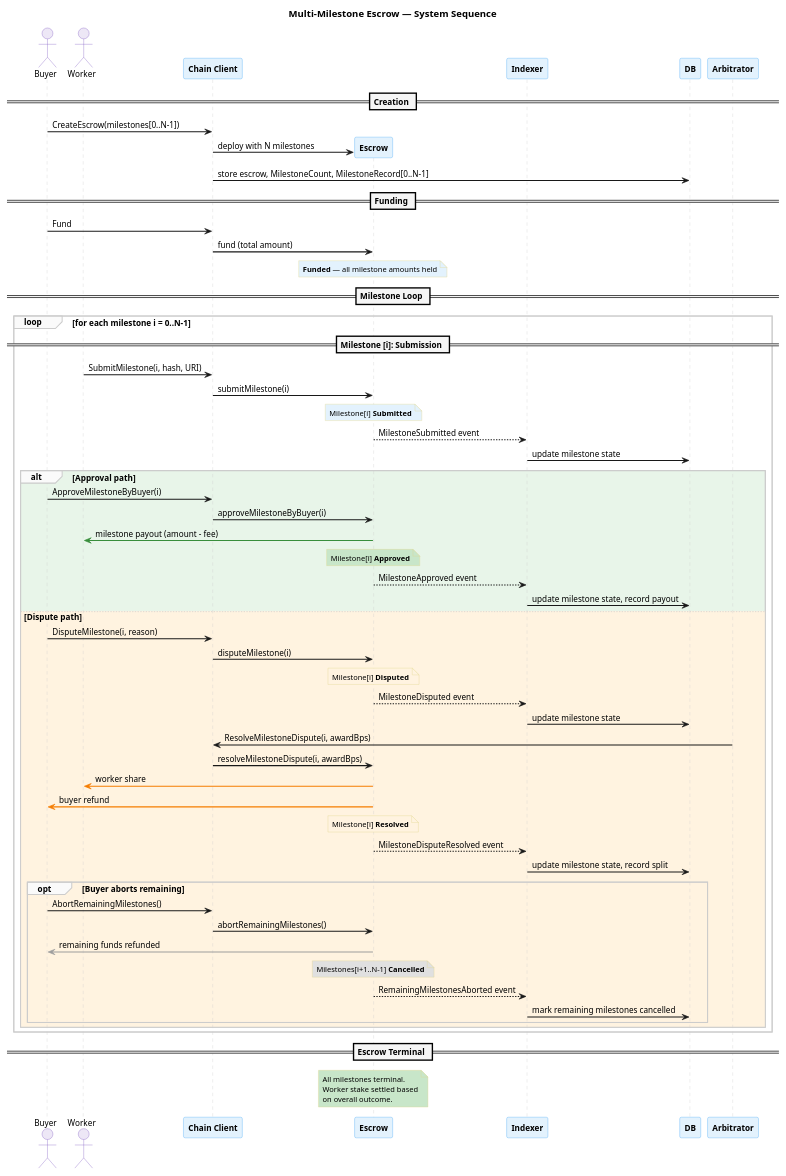
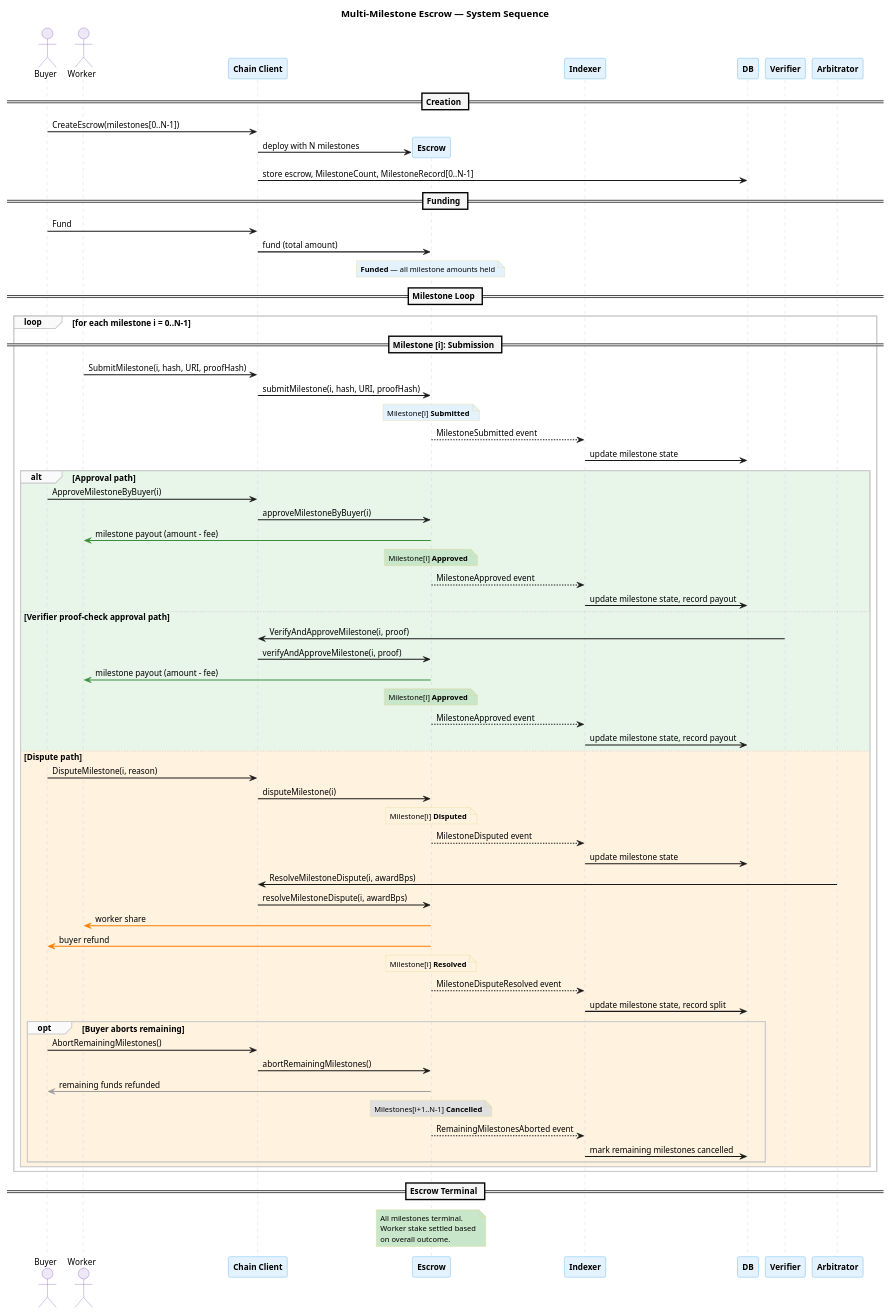
One commit to eddiefleurent/agent-escrow changed the third of 5 diagrams in docs/diagrams/lifecycle-sequence.puml. Above: the diagram before and after it, drawn with PlantUML. The commit also changed other lines of this file and 52 other files, not shown here.

```diff
--- a/docs/diagrams/lifecycle-sequence.puml
+++ b/docs/diagrams/lifecycle-sequence.puml
@@ -191,106 +199,114 @@
 @startuml milestone-system-sequence
 skinparam backgroundColor #FFFFFF
 skinparam defaultFontName "Helvetica"
 skinparam defaultFontSize 12
 skinparam shadowing false
 skinparam sequenceArrowThickness 1.5
 skinparam sequenceLifeLineBorderColor #CCCCCC
 skinparam sequenceDividerBackgroundColor #F5F5F5
 skinparam sequenceDividerFontStyle bold
 skinparam sequenceGroupBackgroundColor #FAFAFA
 skinparam sequenceGroupBorderColor #CCCCCC
 
 skinparam participant {
   BorderColor #42A5F5
   BackgroundColor #E3F2FD
   FontStyle bold
 }
 
 skinparam actor {
   BorderColor #7E57C2
   BackgroundColor #EDE7F6
 }
 
 skinparam note {
   BackgroundColor #FFFDE7
   BorderColor #E0D68A
   FontSize 11
 }
 
 title Multi-Milestone Escrow — System Sequence
 
 actor "Buyer" as buyer
 actor "Worker" as worker
 participant "Chain Client" as chain
 participant "Escrow" as escrow
 participant "Indexer" as indexer
 participant "DB" as db
 
 == Creation ==
 
 buyer -> chain : CreateEscrow(milestones[0..N-1])
 chain -> escrow ** : deploy with N milestones
 chain -> db : store escrow, MilestoneCount, MilestoneRecord[0..N-1]
 
 == Funding ==
 
 buyer -> chain : Fund
 chain -> escrow : fund (total amount)
 note over escrow #E3F2FD : **Funded** — all milestone amounts held
 
 == Milestone Loop ==
 
 loop for each milestone i = 0..N-1
 
   == Milestone [i]: Submission ==
 
-  worker -> chain : SubmitMilestone(i, hash, URI)
-  chain -> escrow : submitMilestone(i)
+  worker -> chain : SubmitMilestone(i, hash, URI, proofHash)
+  chain -> escrow : submitMilestone(i, hash, URI, proofHash)
   note over escrow #E3F2FD : Milestone[i] **Submitted**
   escrow --> indexer : MilestoneSubmitted event
   indexer -> db : update milestone state
 
   alt #E8F5E9 Approval path
     buyer -> chain : ApproveMilestoneByBuyer(i)
     chain -> escrow : approveMilestoneByBuyer(i)
+    escrow -[#388E3C]> worker : milestone payout (amount - fee)
+    note over escrow #C8E6C9 : Milestone[i] **Approved**
+    escrow --> indexer : MilestoneApproved event
+    indexer -> db : update milestone state, record payout
+
+  else #E8F5E9 Verifier proof-check approval path
+    "Verifier" as verifier -> chain : VerifyAndApproveMilestone(i, proof)
+    chain -> escrow : verifyAndApproveMilestone(i, proof)
     escrow -[#388E3C]> worker : milestone payout (amount - fee)
     note over escrow #C8E6C9 : Milestone[i] **Approved**
     escrow --> indexer : MilestoneApproved event
     indexer -> db : update milestone state, record payout
 
   else #FFF3E0 Dispute path
     buyer -> chain : DisputeMilestone(i, reason)
     chain -> escrow : disputeMilestone(i)
     note over escrow #FFF3E0 : Milestone[i] **Disputed**
     escrow --> indexer : MilestoneDisputed event
     indexer -> db : update milestone state
 
     "Arbitrator" as arbitrator -> chain : ResolveMilestoneDispute(i, awardBps)
     chain -> escrow : resolveMilestoneDispute(i, awardBps)
     escrow -[#F57C00]> worker : worker share
     escrow -[#F57C00]> buyer : buyer refund
     note over escrow #FFF3E0 : Milestone[i] **Resolved**
     escrow --> indexer : MilestoneDisputeResolved event
     indexer -> db : update milestone state, record split
 
     opt Buyer aborts remaining
       buyer -> chain : AbortRemainingMilestones()
       chain -> escrow : abortRemainingMilestones()
       escrow -[#9E9E9E]> buyer : remaining funds refunded
       note over escrow #E0E0E0 : Milestones[i+1..N-1] **Cancelled**
       escrow --> indexer : RemainingMilestonesAborted event
       indexer -> db : mark remaining milestones cancelled
     end
   end
 
 end
 
 == Escrow Terminal ==
 
 note over escrow #C8E6C9
   All milestones terminal.
   Worker stake settled based
   on overall outcome.
 end note
 
 @enduml
```
